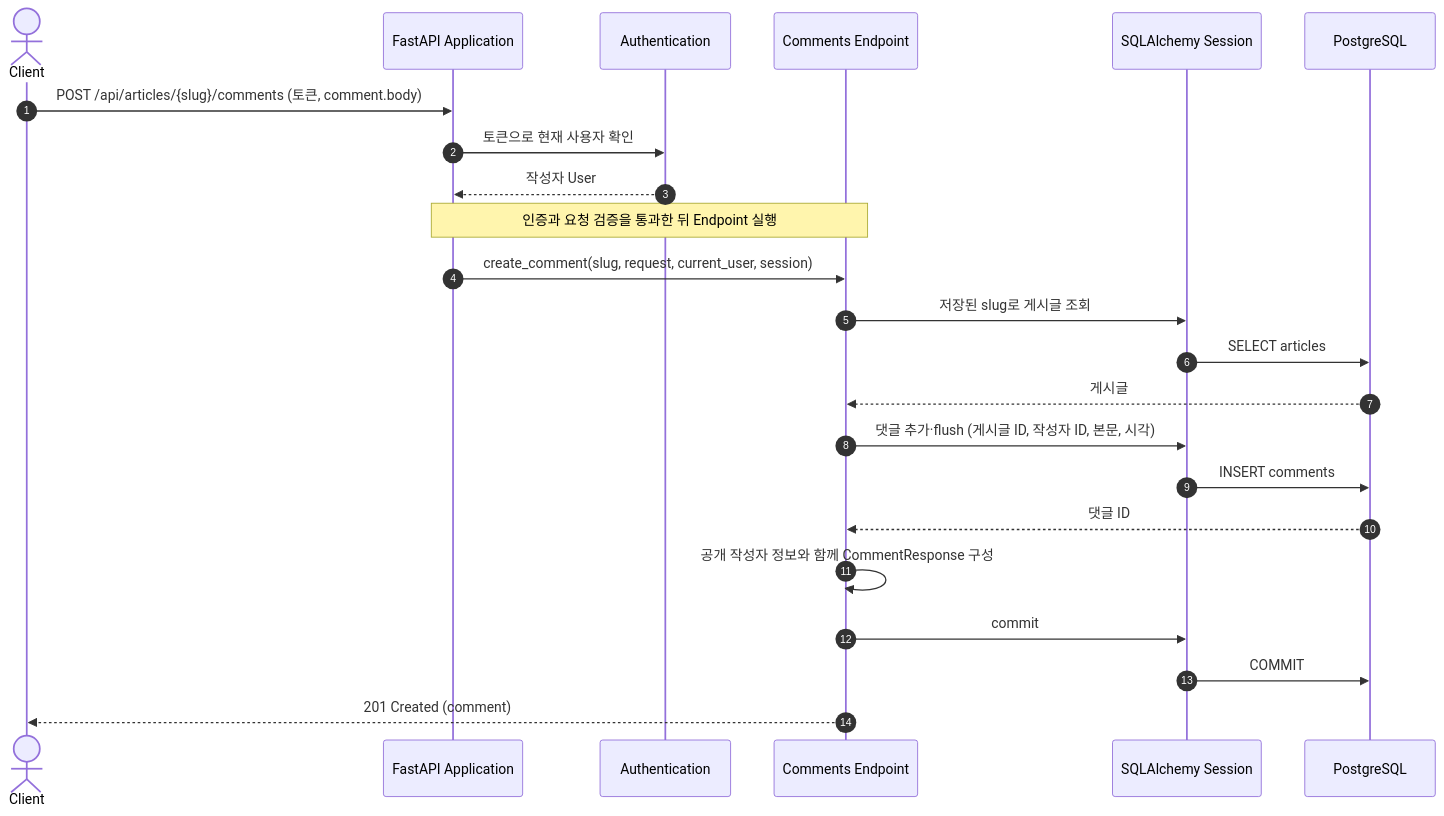
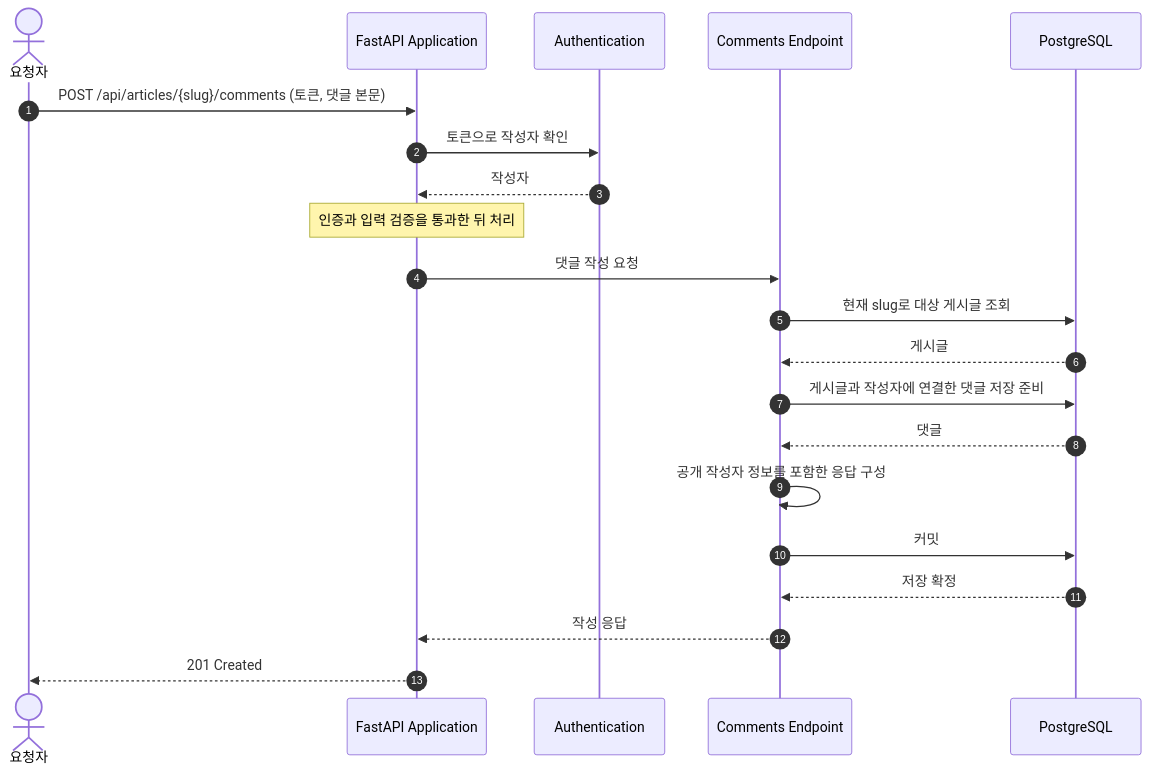
Before and after one commit to chahoseong/realworld-fastapi-backend: the first of 3 diagrams in docs/architecture/flows/comment.md, drawn with Mermaid. The commit also changed other lines of this file and 11 other files, not shown here.

Commit message:
Refactor documentation for user flows: update component responsibilities, runtime views, and scenarios for comment, favorite, follow, public profile, user login, registration, retrieval, and update processes.

````diff
--- a/docs/architecture/flows/comment.md
+++ b/docs/architecture/flows/comment.md
@@ -20,26 +24,24 @@
 ```mermaid
 sequenceDiagram
     autonumber
-    actor Client
+    actor Client as 요청자
     participant App as FastAPI Application
     participant Auth as Authentication
     participant Endpoint as Comments Endpoint
-    participant Session as SQLAlchemy Session
     participant DB as PostgreSQL
 
-    Client->>App: POST /api/articles/{slug}/comments (토큰, comment.body)
-    App->>Auth: 토큰으로 현재 사용자 확인
-    Auth-->>App: 작성자 User
-    Note over App,Endpoint: 인증과 요청 검증을 통과한 뒤 Endpoint 실행
-    App->>Endpoint: create_comment(slug, request, current_user, session)
-    Endpoint->>Session: 저장된 slug로 게시글 조회
-    Session->>DB: SELECT articles
+    Client->>App: POST /api/articles/{slug}/comments (토큰, 댓글 본문)
+    App->>Auth: 토큰으로 작성자 확인
+    Auth-->>App: 작성자
+    Note over App: 인증과 입력 검증을 통과한 뒤 처리
+    App->>Endpoint: 댓글 작성 요청
+    Endpoint->>DB: 현재 slug로 대상 게시글 조회
     DB-->>Endpoint: 게시글
-    Endpoint->>Session: 댓글 추가·flush (게시글 ID, 작성자 ID, 본문, 시각)
-    Session->>DB: INSERT comments
-    DB-->>Endpoint: 댓글 ID
-    Endpoint->>Endpoint: 공개 작성자 정보와 함께 CommentResponse 구성
-    Endpoint->>Session: commit
-    Session->>DB: COMMIT
-    Endpoint-->>Client: 201 Created (comment)
+    Endpoint->>DB: 게시글과 작성자에 연결한 댓글 저장 준비
+    DB-->>Endpoint: 댓글
+    Endpoint->>Endpoint: 공개 작성자 정보를 포함한 응답 구성
+    Endpoint->>DB: 커밋
+    DB-->>Endpoint: 저장 확정
+    Endpoint-->>App: 작성 응답
+    App-->>Client: 201 Created
 ```
````
